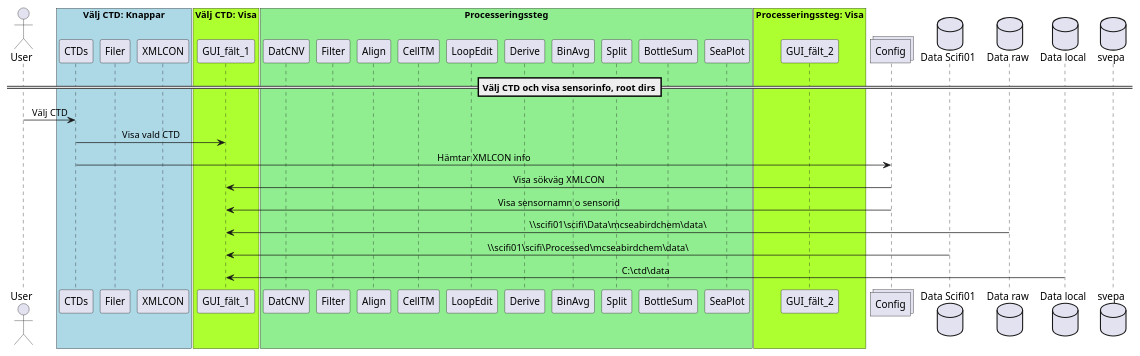
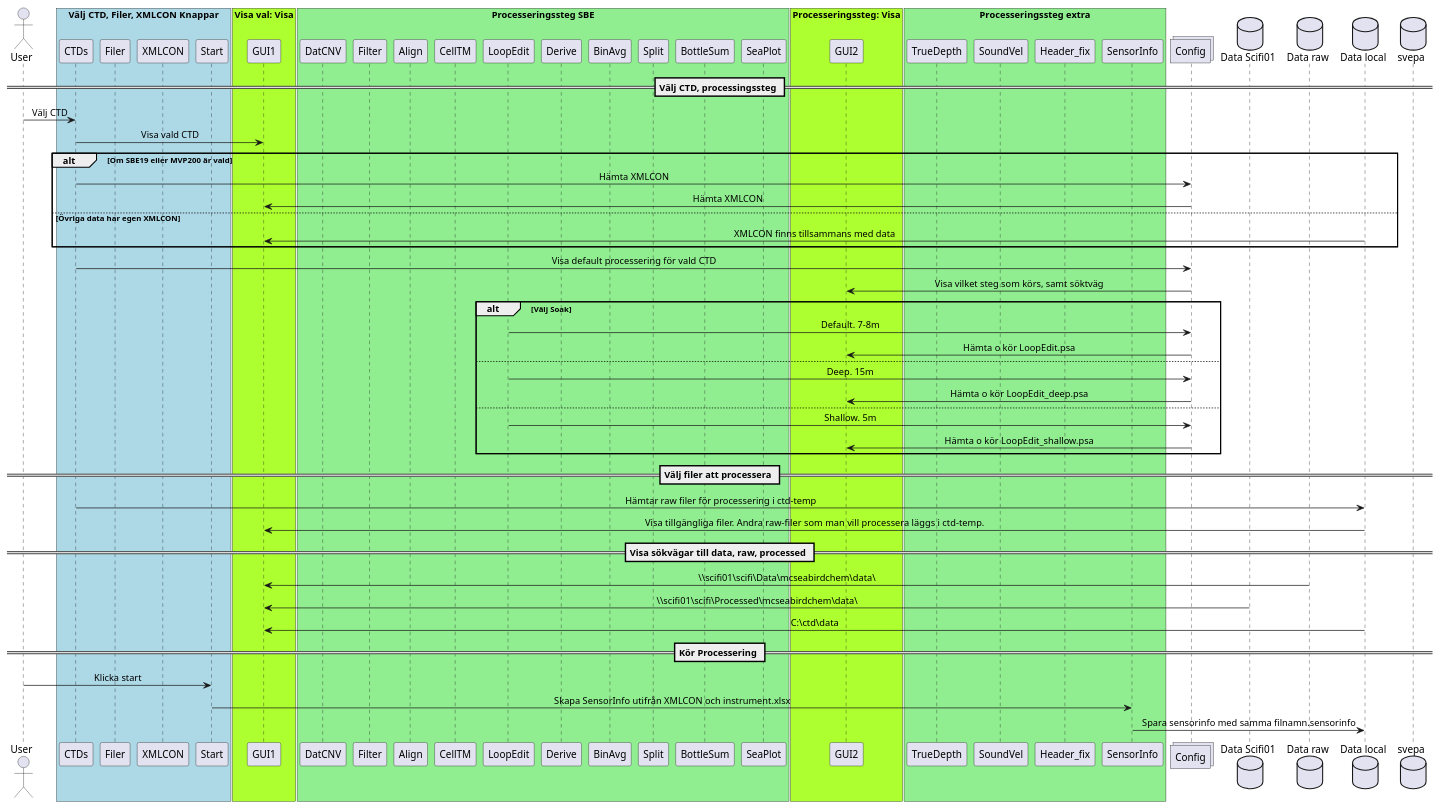
The diagram in docs/ctd_processing_sequence.plantuml (sharksmhi/SHARKtools_pre_system_Svea), drawn with PlantUML before and after one commit.

Commit message:
Små uppdateringar av UML för processing. /MHan

```diff
--- a/docs/ctd_processing_sequence.plantuml
+++ b/docs/ctd_processing_sequence.plantuml
@@ -1,51 +1,92 @@
 @startuml ctd_processing
 'skinparam Style strictuml
 skinparam SequenceMessageAlignment center
 
 actor User
-box "Välj CTD: Knappar" #LightBlue
+box "Välj CTD, Filer, XMLCON Knappar" #LightBlue
 participant CTDs
-participant "Filer"
-participant "XMLCON"
+participant Filer
+participant XMLCON
+participant Start
 end box
-box "Välj CTD: Visa" #GreenYellow
-participant GUI_fält_1
+box "Visa val: Visa" #GreenYellow
+participant GUI1
 end box
-box "Processeringssteg" #LightGreen
+box "Processeringssteg SBE" #LightGreen
 participant DatCNV
 participant Filter
 participant Align
 participant CellTM
 participant LoopEdit
 participant Derive
 participant BinAvg
 participant Split
 participant BottleSum
 participant SeaPlot
 end box
 
 box "Processeringssteg: Visa" #GreenYellow
-participant GUI_fält_2
+participant GUI2
 end box
+
+box "Processeringssteg extra" #LightGreen
+participant TrueDepth
+participant SoundVel
+participant Header_fix
+participant SensorInfo
+end box
+
 
 collections Config
 
 database "Data Scifi01"
 database "Data raw"
 database "Data local"
 
 database svepa
 
-== Välj CTD och visa sensorinfo, root dirs==
+== Välj CTD, processingssteg ==
 User -> CTDs: Välj CTD
-CTDs -> GUI_fält_1: Visa vald CTD
-CTDs -> "Config": Hämtar XMLCON info 
-Config -> GUI_fält_1: Visa sökväg XMLCON 
-Config -> GUI_fält_1: Visa sensornamn o sensorid  
-"Data raw" -> GUI_fält_1: \\\scifi01\\scifi\\Data\\mcseabirdchem\\data\\
-"Data Scifi01" -> GUI_fält_1: \\\scifi01\\scifi\\Processed\\mcseabirdchem\\data\\ 
-"Data local" -> GUI_fält_1: C:\ctd\data\
+CTDs -> GUI1: Visa vald CTD
+    alt Om SBE19 eller MVP200 är vald
+        CTDs -> Config: Hämta XMLCON
+        Config -> GUI1: Hämta XMLCON
+    else Övriga data har egen XMLCON
+        "Data local" -> GUI1: XMLCON finns tillsammans med data
+    end
+
+CTDs -> Config: Visa default processering för vald CTD
+Config -> GUI2: Visa vilket steg som körs, samt söktväg
+    alt Välj Soak
+        LoopEdit -> Config: Default. 7-8m
+        Config -> GUI2: Hämta o kör LoopEdit.psa
+    else
+        LoopEdit -> Config: Deep. 15m
+        Config -> GUI2: Hämta o kör LoopEdit_deep.psa
+    else 
+        LoopEdit -> Config: Shallow. 5m
+        Config -> GUI2: Hämta o kör LoopEdit_shallow.psa
+    end
+
+
+
+== Välj filer att processera ==
+CTDs -> "Data local": Hämtar raw filer för processering i ctd-temp
+"Data local" -> GUI1: Visa tillgängliga filer. Andra raw-filer som man vill processera läggs i ctd-temp.
+
+
+== Visa sökvägar till data, raw, processed == 
+"Data raw" -> GUI1: \\\scifi01\\scifi\\Data\\mcseabirdchem\\data\\
+"Data Scifi01" -> GUI1: \\\scifi01\\scifi\\Processed\\mcseabirdchem\\data\\ 
+"Data local" -> GUI1: C:\ctd\data\
+
+== Kör Processering ==
+User -> Start: Klicka start
+Start -> SensorInfo: Skapa SensorInfo utifrån XMLCON och instrument.xlsx
+SensorInfo -> "Data local": Spara sensorinfo med samma filnamn.sensorinfo
+
+
 
 
 
 @enduml
```
